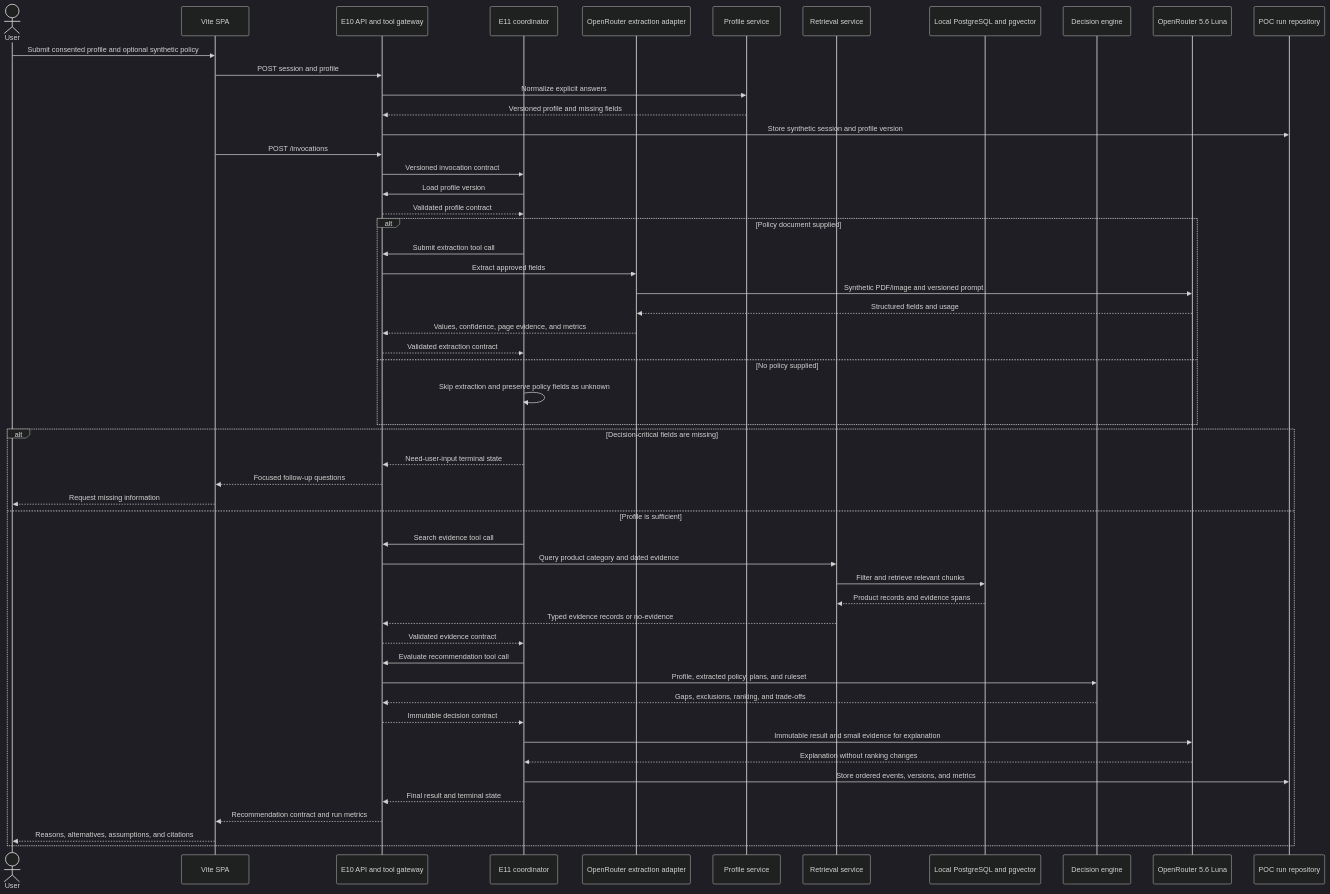
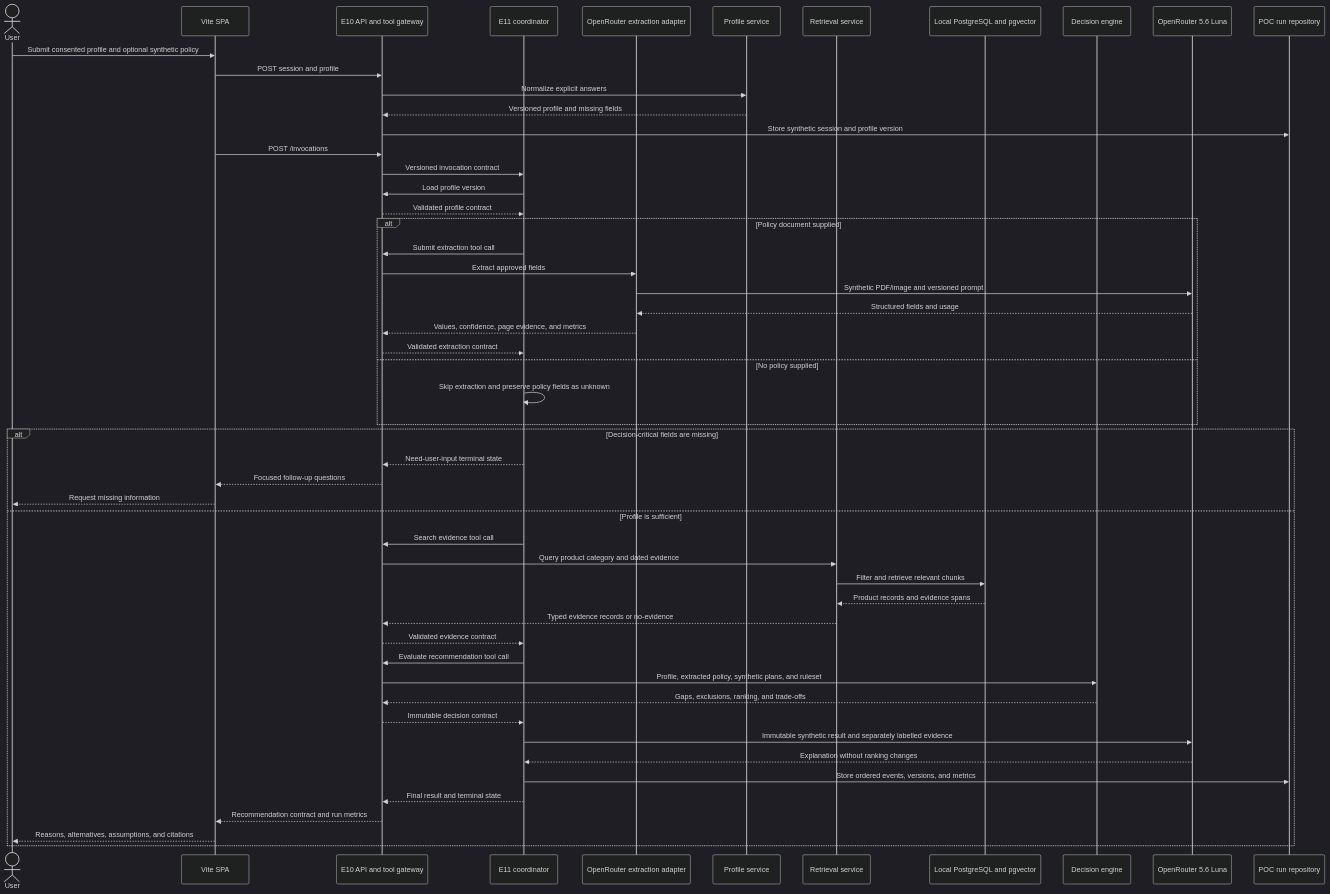
One commit to dgxy2002/sn-hackathon changed the third of 4 diagrams in docs/diagrams/sequence.md. Above: the diagram before and after it, drawn with Mermaid (dark theme). The commit also changed other lines of this file and 22 other files, not shown here.

````diff
--- a/docs/diagrams/sequence.md
+++ b/docs/diagrams/sequence.md
@@ -41,57 +81,57 @@
 ```mermaid
 sequenceDiagram
     actor User
     participant SPA as Vite SPA
     participant API as E10 API and tool gateway
     participant Coordinator as E11 coordinator
     participant Extract as OpenRouter extraction adapter
     participant Profile as Profile service
     participant RAG as Retrieval service
     participant DB as Local PostgreSQL and pgvector
     participant Rules as Decision engine
     participant OpenRouter as OpenRouter 5.6 Luna
     participant Runs as POC run repository
 
     User->>SPA: Submit consented profile and optional synthetic policy
     SPA->>API: POST session and profile
     API->>Profile: Normalize explicit answers
     Profile-->>API: Versioned profile and missing fields
     API->>Runs: Store synthetic session and profile version
     SPA->>API: POST /invocations
     API->>Coordinator: Versioned invocation contract
     Coordinator->>API: Load profile version
     API-->>Coordinator: Validated profile contract
     alt Policy document supplied
         Coordinator->>API: Submit extraction tool call
         API->>Extract: Extract approved fields
         Extract->>OpenRouter: Synthetic PDF/image and versioned prompt
         OpenRouter-->>Extract: Structured fields and usage
         Extract-->>API: Values, confidence, page evidence, and metrics
         API-->>Coordinator: Validated extraction contract
     else No policy supplied
         Coordinator->>Coordinator: Skip extraction and preserve policy fields as unknown
     end
 
     alt Decision-critical fields are missing
         Coordinator-->>API: Need-user-input terminal state
         API-->>SPA: Focused follow-up questions
         SPA-->>User: Request missing information
     else Profile is sufficient
         Coordinator->>API: Search evidence tool call
         API->>RAG: Query product category and dated evidence
         RAG->>DB: Filter and retrieve relevant chunks
         DB-->>RAG: Product records and evidence spans
         RAG-->>API: Typed evidence records or no-evidence
         API-->>Coordinator: Validated evidence contract
         Coordinator->>API: Evaluate recommendation tool call
-        API->>Rules: Profile, extracted policy, plans, and ruleset
+        API->>Rules: Profile, extracted policy, synthetic plans, and ruleset
         Rules-->>API: Gaps, exclusions, ranking, and trade-offs
         API-->>Coordinator: Immutable decision contract
-        Coordinator->>OpenRouter: Immutable result and small evidence for explanation
+        Coordinator->>OpenRouter: Immutable synthetic result and separately labelled evidence
         OpenRouter-->>Coordinator: Explanation without ranking changes
         Coordinator->>Runs: Store ordered events, versions, and metrics
         Coordinator-->>API: Final result and terminal state
         API-->>SPA: Recommendation contract and run metrics
         SPA-->>User: Reasons, alternatives, assumptions, and citations
     end
 ```
````
